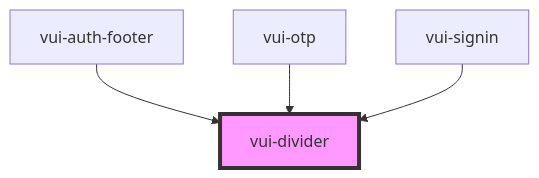
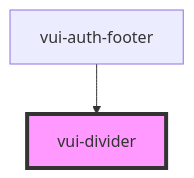
One commit to verite-team/verite-elements changed the diagram in packages/stencil-library/src/components/divider/readme.md. Above: the diagram before and after it, drawn with Mermaid. The commit also changed other lines of this file and 29 other files, not shown here.

````diff
--- a/packages/stencil-library/src/components/divider/readme.md
+++ b/packages/stencil-library/src/components/divider/readme.md
@@ -29,7 +27,5 @@
 ```mermaid
 graph TD;
   vui-auth-footer --> vui-divider
-  vui-otp --> vui-divider
-  vui-signin --> vui-divider
   style vui-divider fill:#f9f,stroke:#333,stroke-width:4px
 ```
````
